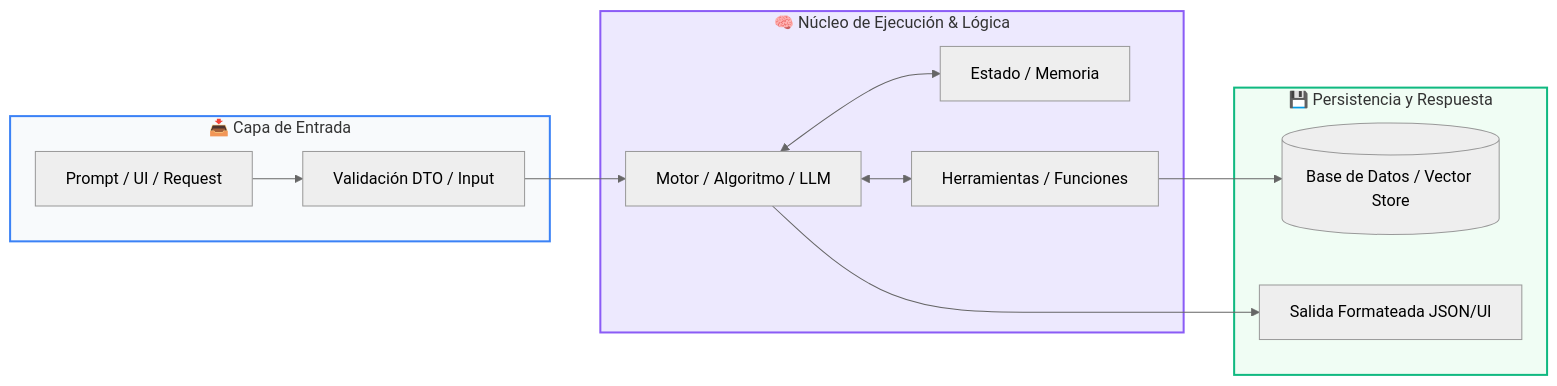
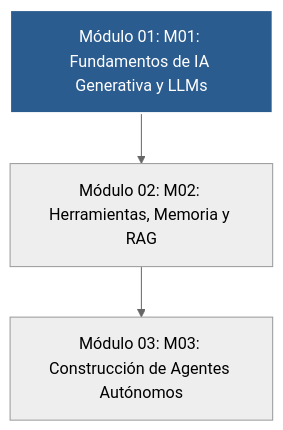
One commit to wisrovi/wisrovi-python changed the diagram in docs/curso-03/book.md. Above: the diagram before and after it, drawn with Mermaid (neutral theme). The commit also changed other lines of this file and 22 other files, not shown here.

Commit message:
docs: expand academy website into full interactive textbook with verified mermaid, tabs and admonitions

````diff
--- a/docs/curso-03/book.md
+++ b/docs/curso-03/book.md
@@ -63,29 +10,7 @@
 ```mermaid
-flowchart LR
-    subgraph Entrada["📥 Capa de Entrada"]
-        UI["Prompt / UI / Request"]
-        VAL["Validación DTO / Input"]
-    end
+flowchart TD
+    N1["Módulo 01: M01: Fundamentos de IA Generativa y LLMs"] --> N2["Módulo 02: M02: Herramientas, Memoria y RAG"]
+    N2["Módulo 02: M02: Herramientas, Memoria y RAG"] --> N3["Módulo 03: M03: Construcción de Agentes Autónomos"]
 
-    subgraph Core["🧠 Núcleo de Ejecución & Lógica"]
-        ENG["Motor / Algoritmo / LLM"]
-        MEM["Estado / Memoria"]
-        TOOL["Herramientas / Funciones"]
-    end
-
-    subgraph Salida["💾 Persistencia y Respuesta"]
-        DB[("Base de Datos / Vector Store")]
-        RES["Salida Formateada JSON/UI"]
-    end
-
-    UI --> VAL
-    VAL --> ENG
-    ENG <--> MEM
-    ENG <--> TOOL
-    TOOL --> DB
-    ENG --> RES
-
-    style Entrada fill:#f8fafc,stroke:#3b82f6,stroke-width:2px
-    style Core fill:#ede9fe,stroke:#8b5cf6,stroke-width:2px
-    style Salida fill:#f0fdf4,stroke:#10b981,stroke-width:2px
+    style N1 fill:#2b5c8f,color:#fff,stroke:#fff,stroke-width:2px
 ```
````
